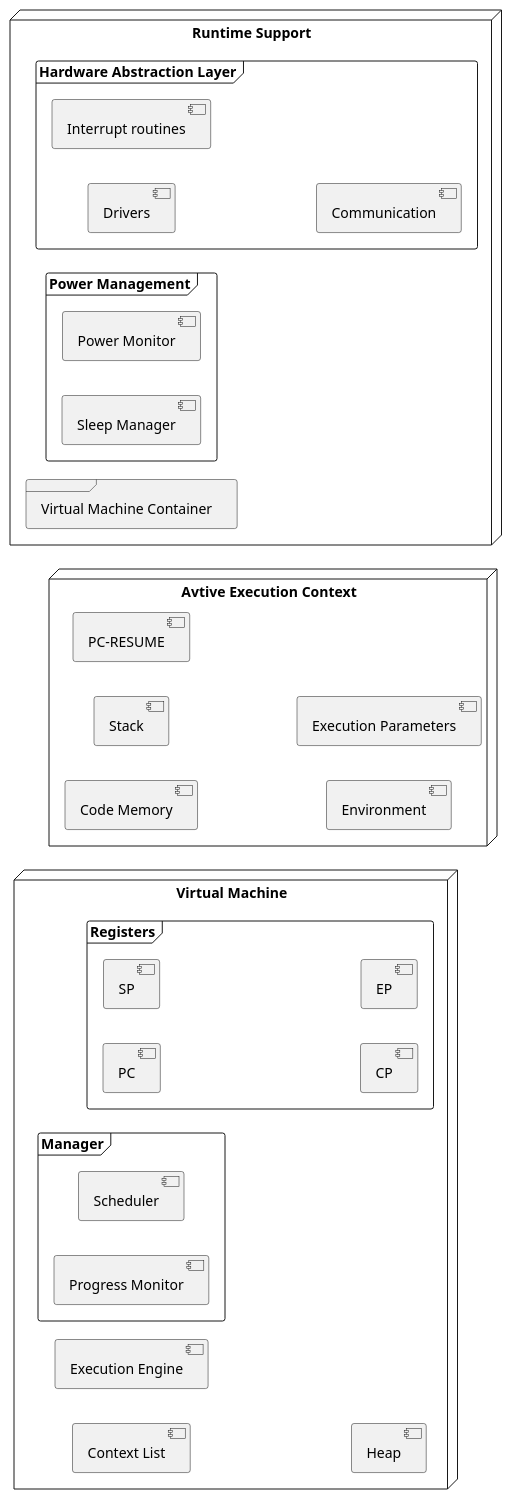
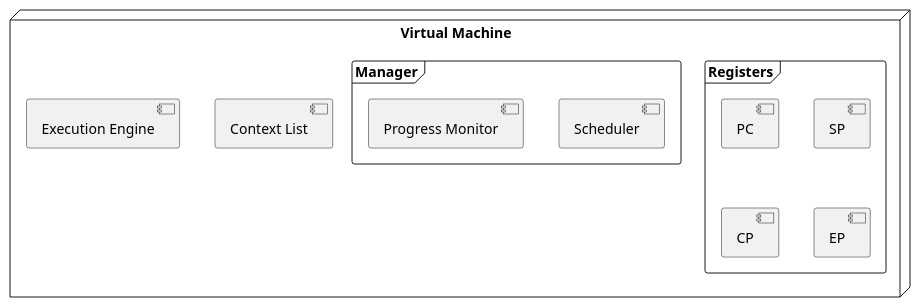
Before and after one commit to SynchronVM/SynchronVM: the first of 4 diagrams in spec/architecture.md, drawn with PlantUML. The commit also changed other lines of this file and 1 other file, not shown here.

Commit message:
tweak architecture.md

````diff
--- a/spec/architecture.md
+++ b/spec/architecture.md
@@ -13,54 +12,19 @@
 ```plantuml
-left to right direction
-
-node "Virtual Machine" { 
+node "Virtual Machine" as vm { 
 	frame "Registers" { 
 		[PC] 
 	    [SP] 
 		[CP]
 		[EP]
 		
 	}
 	
 	[Context List]
 	[Execution Engine]
-	[Heap]
 	
 	Frame "Manager" {
 	[Scheduler]
 	[Progress Monitor]
 	}
-}
-
-
-node "Avtive Execution Context" { 
-	[Code Memory] 
-	[Stack]
-	[PC-RESUME]
-	[Environment]
-	[Execution Parameters]
-}
-
-
-
-
-node "Runtime Support" { 
-	frame "Hardware Abstraction Layer" {
-		[Drivers]
-		[Interrupt routines]
-		[Communication]
-	}
-
-	frame "Virtual Machine Container" {
-		
-	}
-	
-	frame "Power Management" { 
-		[Power Monitor] 
-		[Sleep Manager] 
-	
-	}
-}
-
- 
+} 
 ```
````
